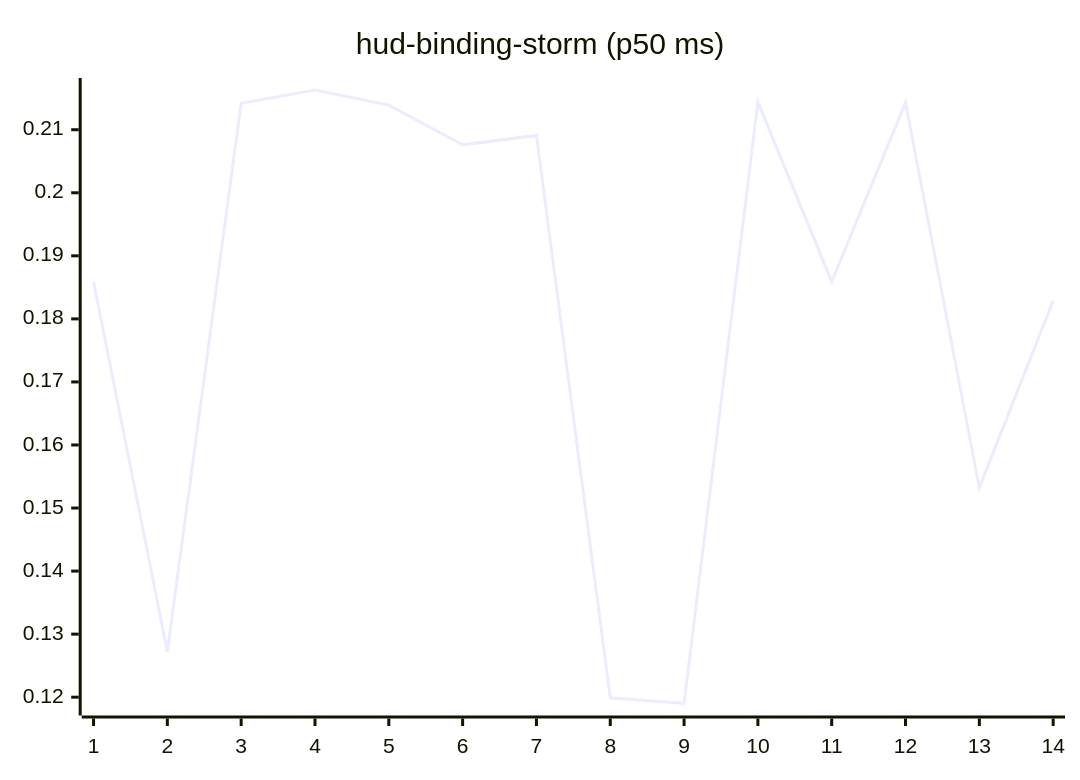
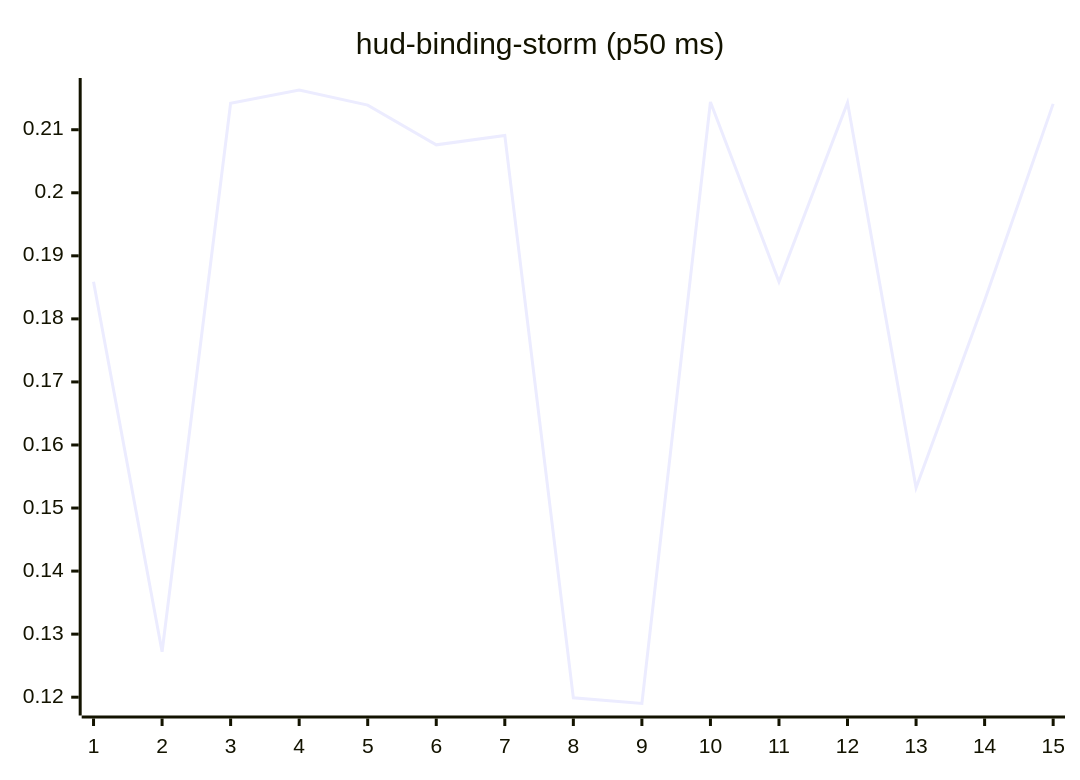
Before and after one commit to josha/Facet: the tenth of 27 diagrams in README.md, drawn with Mermaid. The commit also changed other lines of this file and 2 other files, not shown here.

````diff
--- a/README.md
+++ b/README.md
@@ -126,6 +126,6 @@
 ```mermaid
 xychart-beta
     title "hud-binding-storm (p50 ms)"
-    x-axis 1 --> 14
-    line [0.1859, 0.1272, 0.2142, 0.2163, 0.2139, 0.2076, 0.2091, 0.1199, 0.1190, 0.2144, 0.1859, 0.2143, 0.1532, 0.1829]
+    x-axis 1 --> 15
+    line [0.1859, 0.1272, 0.2142, 0.2163, 0.2139, 0.2076, 0.2091, 0.1199, 0.1190, 0.2144, 0.1859, 0.2143, 0.1532, 0.1829, 0.2141]
 ```
````
